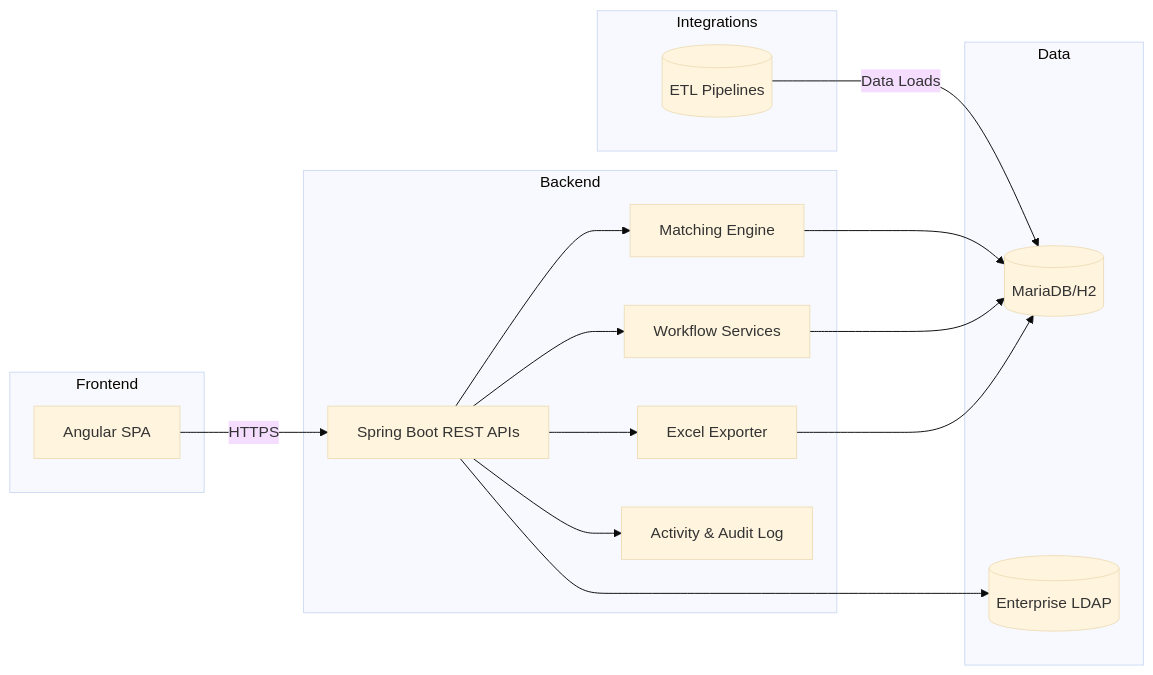
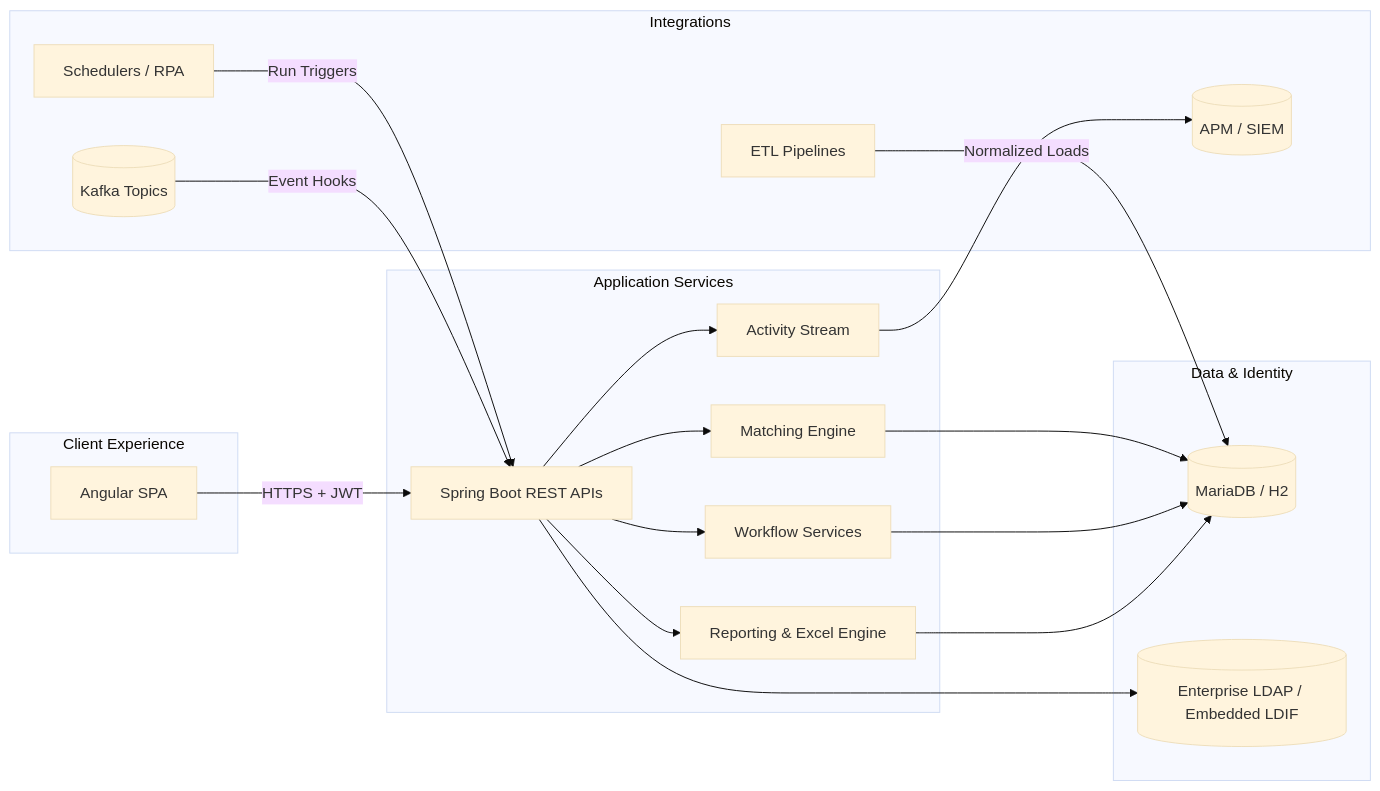
Before and after one commit to kleash/recon-platform: the first of 4 diagrams in docs/wiki/Architecture.md, drawn with Mermaid (base theme). The commit also changed other lines of this file and 3 other files, not shown here.

Commit message:
Align architecture docs and Java prerequisites

````diff
--- a/docs/wiki/Architecture.md
+++ b/docs/wiki/Architecture.md
@@ -4,31 +4,37 @@
 ```mermaid
 graph LR
-  subgraph Frontend
+  subgraph Client Experience
     UI[Angular SPA]
   end
-  subgraph Backend
+  subgraph Application Services
     API[Spring Boot REST APIs]
     Engine[Matching Engine]
     Workflow[Workflow Services]
-    Exports[Excel Exporter]
-    Activity[Activity & Audit Log]
+    Exports[Reporting & Excel Engine]
+    Activity[Activity Stream]
   end
-  subgraph Data
-    DB[(MariaDB/H2)]
-    LDAP[(Enterprise LDAP)]
+  subgraph Data & Identity
+    DB[(MariaDB / H2)]
+    LDAP[(Enterprise LDAP / Embedded LDIF)]
   end
   subgraph Integrations
-    Upstream[(ETL Pipelines)]
+    ETL[ETL Pipelines]
+    Schedulers[Schedulers / RPA]
+    Kafka[(Kafka Topics)]
+    Observability[(APM / SIEM)]
   end
 
-  UI -->|HTTPS| API
+  UI -->|HTTPS + JWT| API
   API --> Engine
   API --> Workflow
   API --> Exports
   API --> Activity
   Engine --> DB
   Workflow --> DB
   Exports --> DB
+  Activity --> Observability
   API --> LDAP
-  Upstream -->|Data Loads| DB
+  ETL -->|Normalized Loads| DB
+  Schedulers -->|Run Triggers| API
+  Kafka -->|Event Hooks| API
 ```
````
